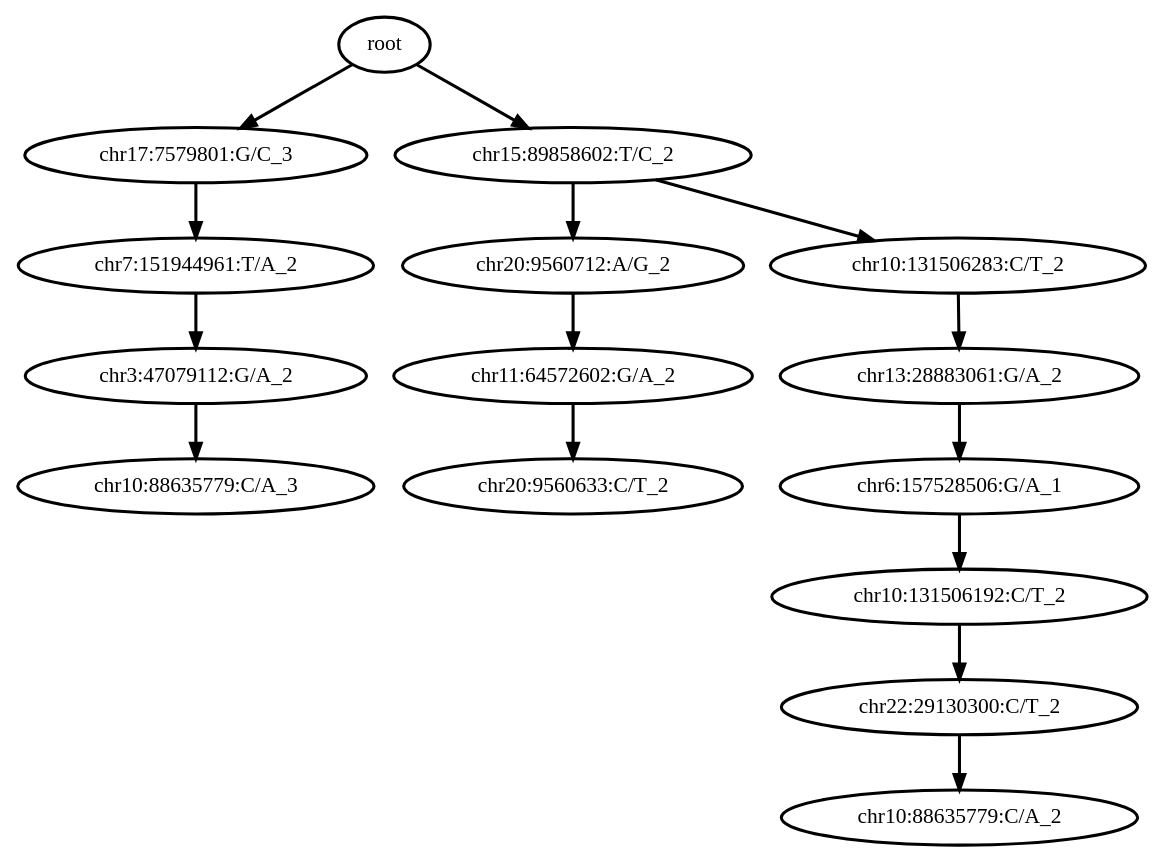
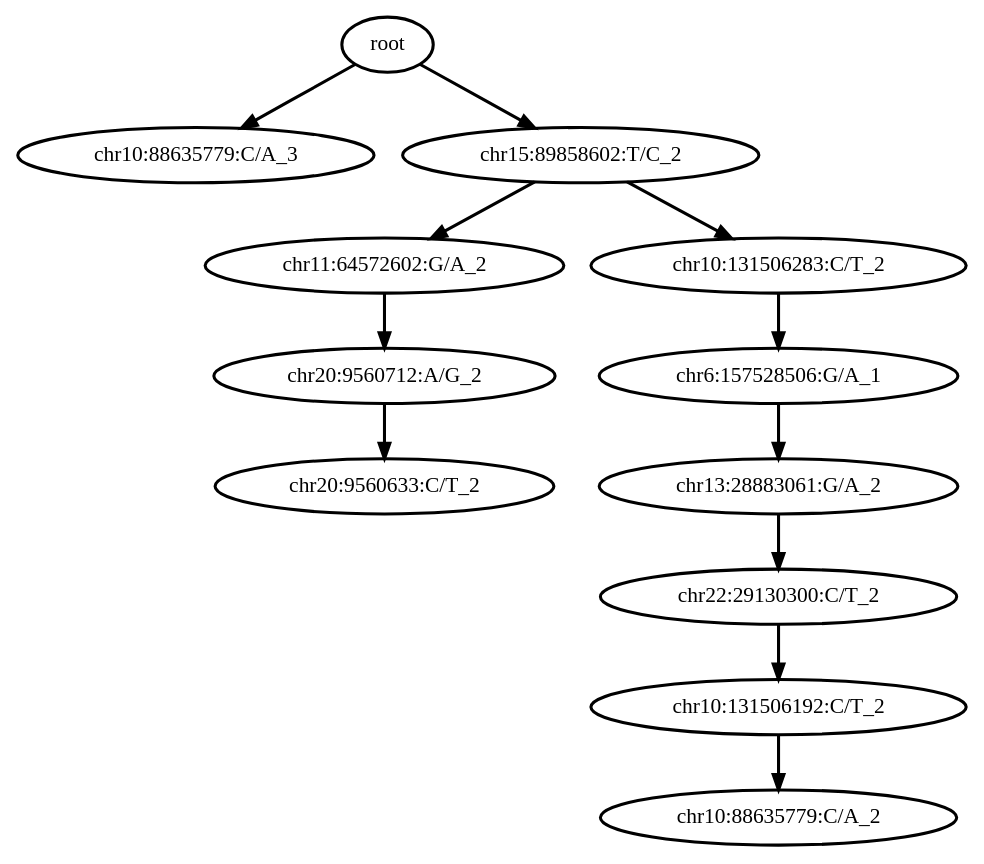
The diagram in 0_condor_pipeline/condor_outputs/BPA-3/out_tree_without_cells.dot (haochenz96/Tapestri_main_manuscript_analysis), drawn with Graphviz before and after one commit. The commit also changed 143 other files, not shown here.

```diff
--- a/0_condor_pipeline/condor_outputs/BPA-3/out_tree_without_cells.dot
+++ b/0_condor_pipeline/condor_outputs/BPA-3/out_tree_without_cells.dot
@@ -1,33 +1,27 @@
 digraph N {
 	overlap="false"
 	rankdir="TB"
 	0 [label="root", style="bold"];
-	1 [label="chr17:7579801:G/C_3", style="bold"];
-	2 [label="chr7:151944961:T/A_2", style="bold"];
-	3 [label="chr3:47079112:G/A_2", style="bold"];
-	4 [label="chr10:88635779:C/A_3", style="bold"];
-	5 [label="chr15:89858602:T/C_2", style="bold"];
-	6 [label="chr20:9560712:A/G_2", style="bold"];
-	7 [label="chr11:64572602:G/A_2", style="bold"];
-	8 [label="chr20:9560633:C/T_2", style="bold"];
-	9 [label="chr10:131506283:C/T_2", style="bold"];
-	10 [label="chr13:28883061:G/A_2", style="bold"];
-	11 [label="chr6:157528506:G/A_1", style="bold"];
-	12 [label="chr10:131506192:C/T_2", style="bold"];
-	13 [label="chr22:29130300:C/T_2", style="bold"];
-	14 [label="chr10:88635779:C/A_2", style="bold"];
+	1 [label="chr10:88635779:C/A_3", style="bold"];
+	2 [label="chr15:89858602:T/C_2", style="bold"];
+	3 [label="chr11:64572602:G/A_2", style="bold"];
+	4 [label="chr20:9560712:A/G_2", style="bold"];
+	5 [label="chr20:9560633:C/T_2", style="bold"];
+	6 [label="chr10:131506283:C/T_2", style="bold"];
+	7 [label="chr6:157528506:G/A_1", style="bold"];
+	8 [label="chr13:28883061:G/A_2", style="bold"];
+	9 [label="chr22:29130300:C/T_2", style="bold"];
+	10 [label="chr10:131506192:C/T_2", style="bold"];
+	11 [label="chr10:88635779:C/A_2", style="bold"];
 	0 -> 1 [style="bold"];
-	0 -> 5 [style="bold"];
-	1 -> 2 [style="bold"];
+	0 -> 2 [style="bold"];
 	2 -> 3 [style="bold"];
+	2 -> 6 [style="bold"];
 	3 -> 4 [style="bold"];
-	5 -> 6 [style="bold"];
-	5 -> 9 [style="bold"];
+	4 -> 5 [style="bold"];
 	6 -> 7 [style="bold"];
 	7 -> 8 [style="bold"];
+	8 -> 9 [style="bold"];
 	9 -> 10 [style="bold"];
 	10 -> 11 [style="bold"];
-	11 -> 12 [style="bold"];
-	12 -> 13 [style="bold"];
-	13 -> 14 [style="bold"];
 }
```
